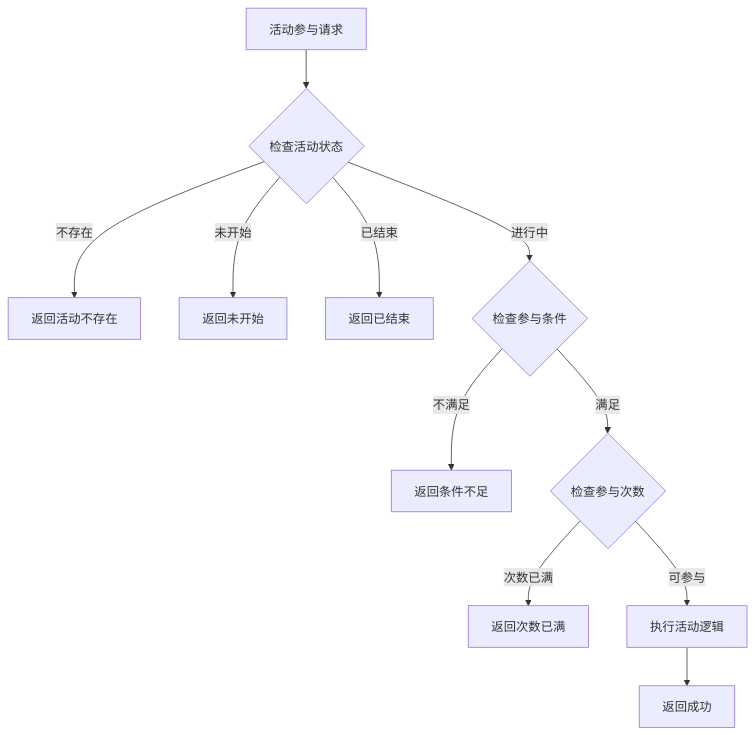
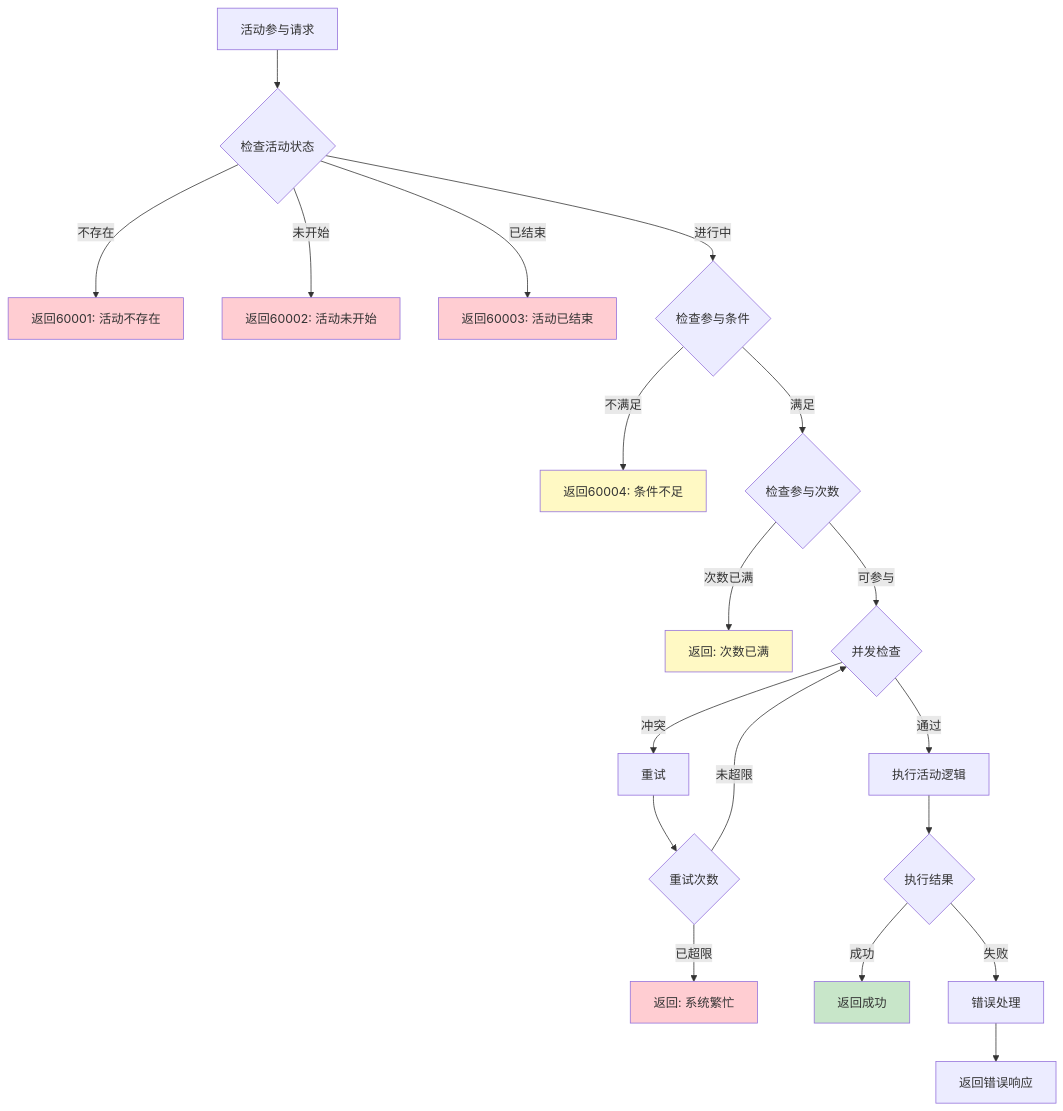
One commit to Alan-Ben/k2c_game_framework changed the tenth of 12 diagrams in docs/Module_Activity/06_实现细节.md. Above: the diagram before and after it, drawn with Mermaid. The commit also changed other lines of this file and 75 other files, not shown here.

````diff
--- a/docs/Module_Activity/06_实现细节.md
+++ b/docs/Module_Activity/06_实现细节.md
@@ -235,13 +1029,35 @@
 ```mermaid
 flowchart TD
     A[活动参与请求] --> B{检查活动状态}
-    B -->|不存在| C[返回活动不存在]
-    B -->|未开始| D[返回未开始]
-    B -->|已结束| E[返回已结束]
+    
+    B -->|不存在| C[返回60001: 活动不存在]
+    B -->|未开始| D[返回60002: 活动未开始]
+    B -->|已结束| E[返回60003: 活动已结束]
     B -->|进行中| F{检查参与条件}
-    F -->|不满足| G[返回条件不足]
+    
+    F -->|不满足| G[返回60004: 条件不足]
     F -->|满足| H{检查参与次数}
-    H -->|次数已满| I[返回次数已满]
-    H -->|可参与| J[执行活动逻辑]
-    J --> K[返回成功]
+    
+    H -->|次数已满| I[返回: 次数已满]
+    H -->|可参与| J{并发检查}
+    
+    J -->|冲突| K[重试]
+    K --> L{重试次数}
+    L -->|未超限| J
+    L -->|已超限| M[返回: 系统繁忙]
+    
+    J -->|通过| N[执行活动逻辑]
+    N --> O{执行结果}
+    
+    O -->|成功| P[返回成功]
+    O -->|失败| Q[错误处理]
+    Q --> R[返回错误响应]
+    
+    style C fill:#ffcdd2
+    style D fill:#ffcdd2
+    style E fill:#ffcdd2
+    style G fill:#fff9c4
+    style I fill:#fff9c4
+    style M fill:#ffcdd2
+    style P fill:#c8e6c9
 ```
````
